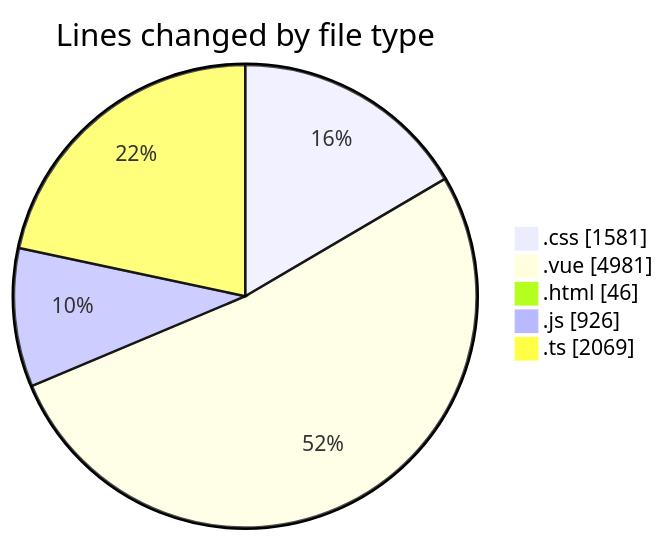
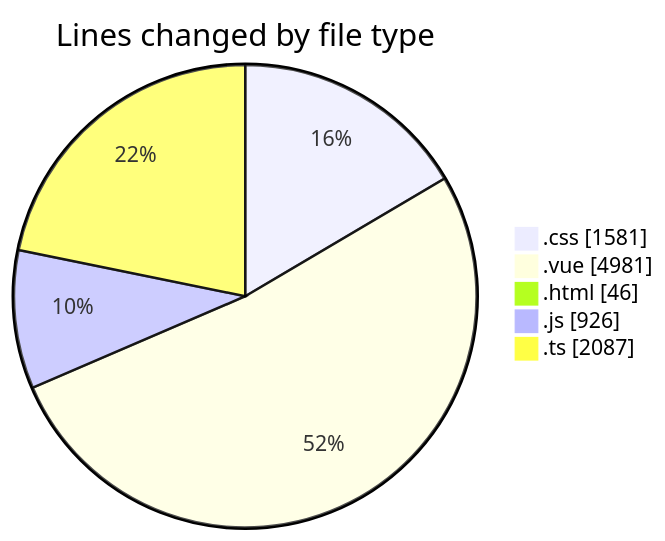
One commit to lephambinh05/code-tracking changed the first of 2 diagrams in 2025-08-18/rentotp/README.md. Above: the diagram before and after it, drawn with Mermaid. The commit also changed other lines of this file and 1 other file, not shown here.

````diff
--- a/2025-08-18/rentotp/README.md
+++ b/2025-08-18/rentotp/README.md
@@ -51,9 +51,9 @@
 ```mermaid
 pie showData
 title Lines changed by file type
 ".css" : 1581
 ".vue" : 4981
 ".html" : 46
 ".js" : 926
-".ts" : 2069
+".ts" : 2087
 ```
````
